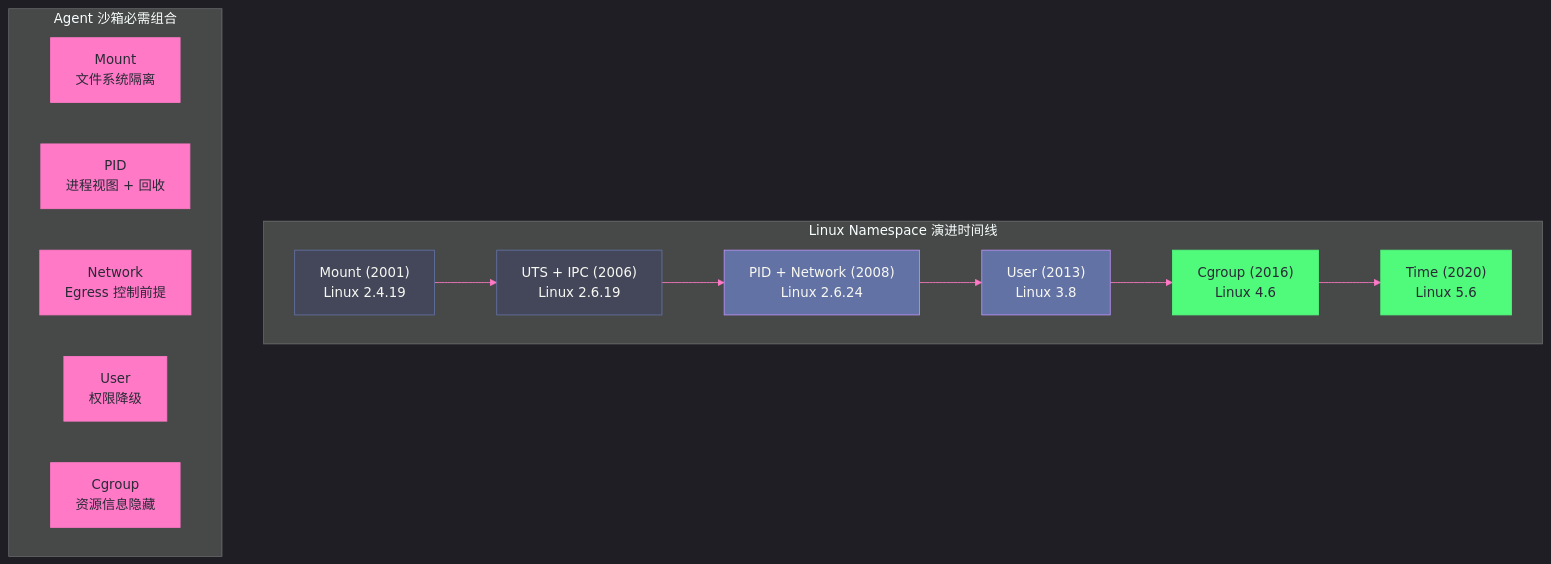
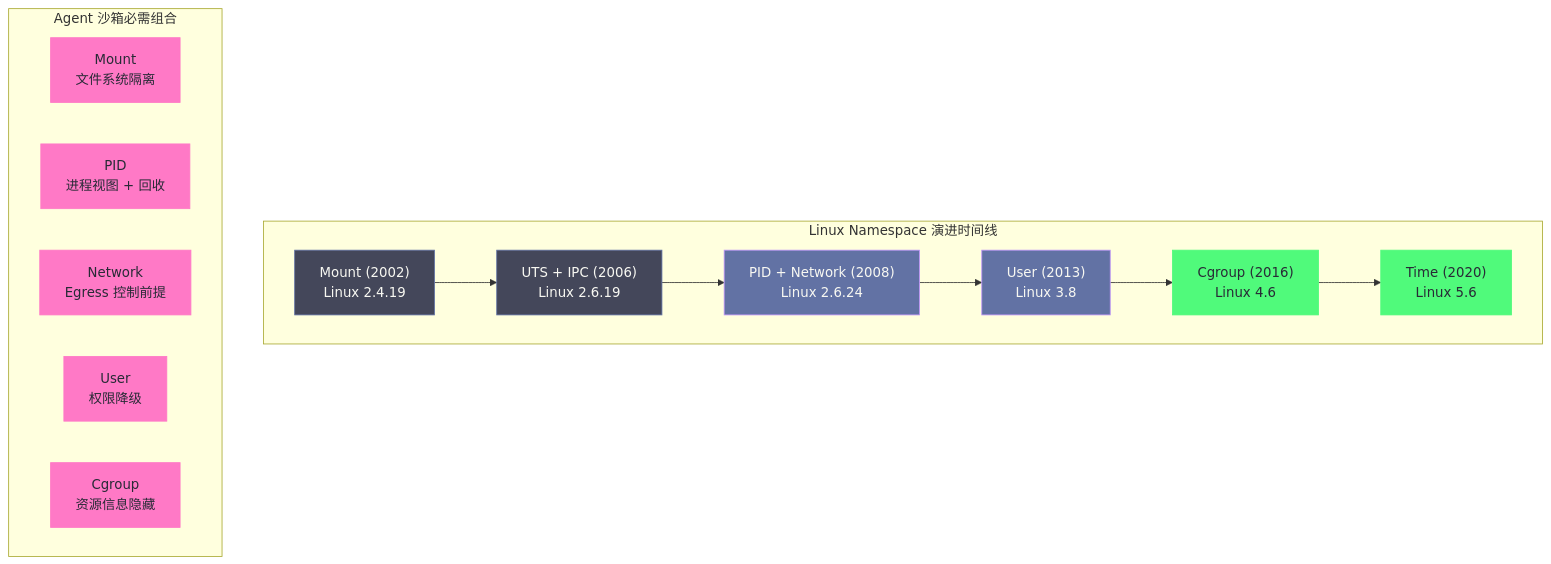
Before and after one commit to hpliStartAgain/my-brain: the first of 5 diagrams in content/LLM/Agent沙箱技术/隔离原语/02 Linux 隔离原语——namespace、cgroups、seccomp 与 capabilities 的安全地基.md, drawn with Mermaid. The commit also changed other lines of this file and 4 other files, not shown here.

````diff
--- a/content/LLM/Agent沙箱技术/隔离原语/02 Linux 隔离原语——namespace、cgroups、seccomp 与 capabilities 的安全地基.md
+++ b/content/LLM/Agent沙箱技术/隔离原语/02 Linux 隔离原语——namespace、cgroups、seccomp 与 capabilities 的安全地基.md
@@ -196,31 +210,31 @@
 ```mermaid
-%%{init: {'theme': 'dark', 'themeVariables': {'primaryColor': '#6272a4', 'primaryTextColor': '#f8f8f2', 'primaryBorderColor': '#bd93f9', 'lineColor': '#ff79c6', 'secondaryColor': '#44475a', 'tertiaryColor': '#282a36'}}}%%
+%%{init: {'theme': 'dracula', 'themeVariables': {'primaryColor': '#6272a4', 'primaryTextColor': '#f8f8f2', 'primaryBorderColor': '#bd93f9', 'lineColor': '#ff79c6', 'secondaryColor': '#44475a', 'tertiaryColor': '#282a36'}}%%
 graph TD
     subgraph "Linux Namespace 演进时间线"
-        T1["Mount (2001)<br/>Linux 2.4.19"]
+        T1["Mount (2002)<br/>Linux 2.4.19"]
         T2["UTS + IPC (2006)<br/>Linux 2.6.19"]
         T3["PID + Network (2008)<br/>Linux 2.6.24"]
         T4["User (2013)<br/>Linux 3.8"]
         T5["Cgroup (2016)<br/>Linux 4.6"]
         T6["Time (2020)<br/>Linux 5.6"]
         T1 --> T2 --> T3 --> T4 --> T5 --> T6
     end
 
     subgraph "Agent 沙箱必需组合"
         M["Mount<br/>文件系统隔离"]
         P["PID<br/>进程视图 + 回收"]
         N["Network<br/>Egress 控制前提"]
         U["User<br/>权限降级"]
         C["Cgroup<br/>资源信息隐藏"]
     end
 
     classDef early fill:#44475a,stroke:#6272a4,color:#f8f8f2
     classDef mid fill:#6272a4,stroke:#bd93f9,color:#f8f8f2
     classDef late fill:#50fa7b,stroke:#50fa7b,color:#282a36
     classDef essential fill:#ff79c6,stroke:#ff79c6,color:#282a36
 
     class T1,T2 early
     class T3,T4 mid
     class T5,T6 late
     class M,P,N,U,C essential
 ```
````
